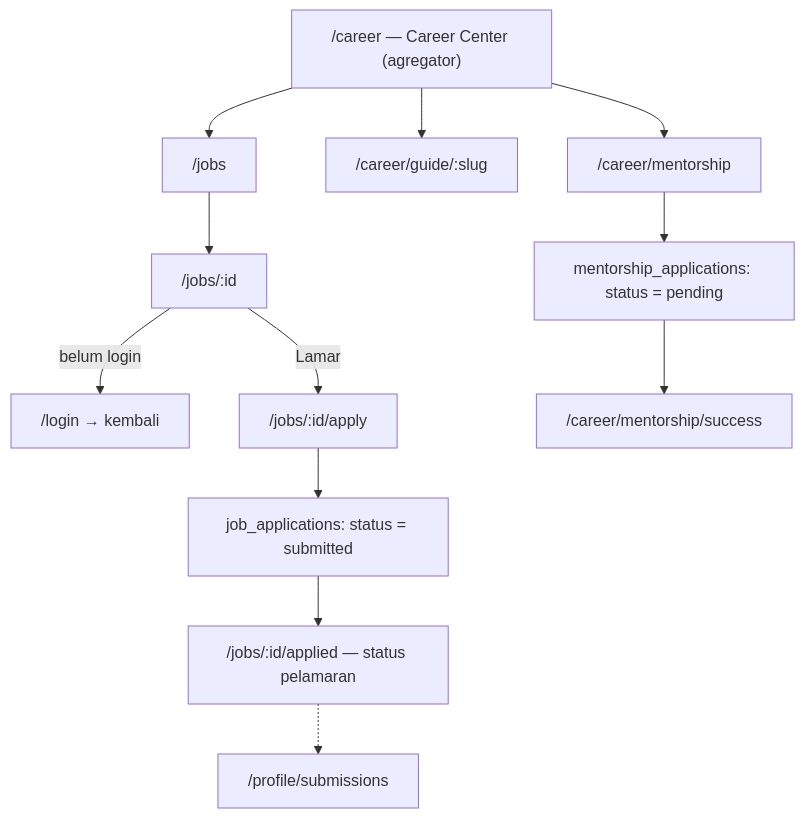
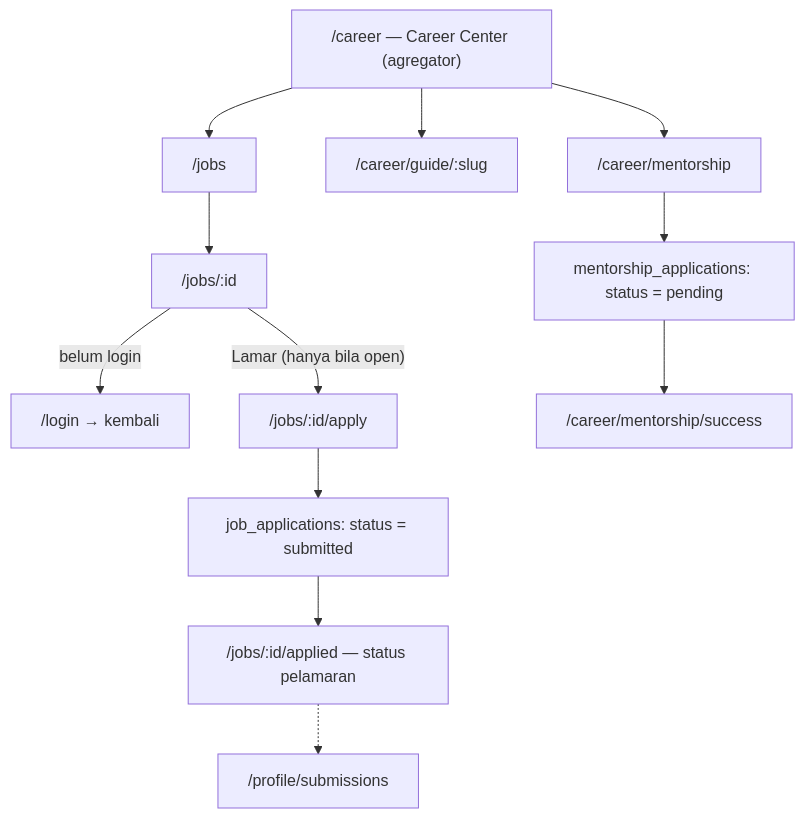
The first of 2 diagrams in docs/Career Flow.md (ppit-nanjing/PPIT_nanjing), drawn with Mermaid before and after one commit. The commit also changed other lines of this file and 21 other files, not shown here.

````diff
--- a/docs/Career Flow.md
+++ b/docs/Career Flow.md
@@ -7,15 +9,15 @@
 ```mermaid
 flowchart TD
     Jobs["/jobs"] --> Detail["/jobs/:id"]
     Detail -->|belum login| Login["/login → kembali"]
-    Detail -->|"Lamar"| Apply["/jobs/:id/apply"]
+    Detail -->|"Lamar (hanya bila open)"| Apply["/jobs/:id/apply"]
     Apply --> Submit["job_applications: status = submitted"]
     Submit --> Applied["/jobs/:id/applied — status pelamaran"]
     Applied -.-> History["/profile/submissions"]
 
     Career["/career — Career Center (agregator)"] --> Jobs
     Career --> Guide["/career/guide/:slug"]
     Career --> Mentor["/career/mentorship"]
     Mentor --> MentorSubmit["mentorship_applications: status = pending"]
     MentorSubmit --> MentorOk["/career/mentorship/success"]
 ```
````
